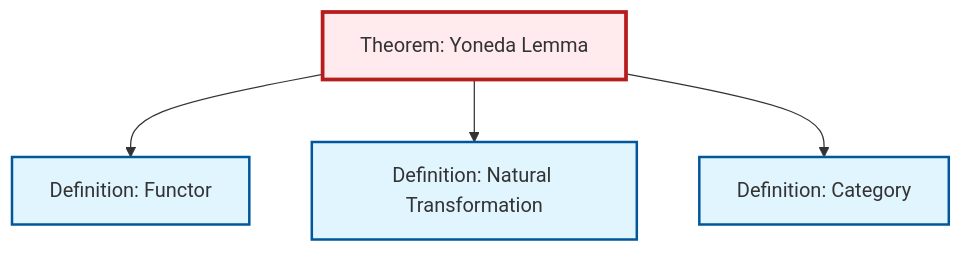
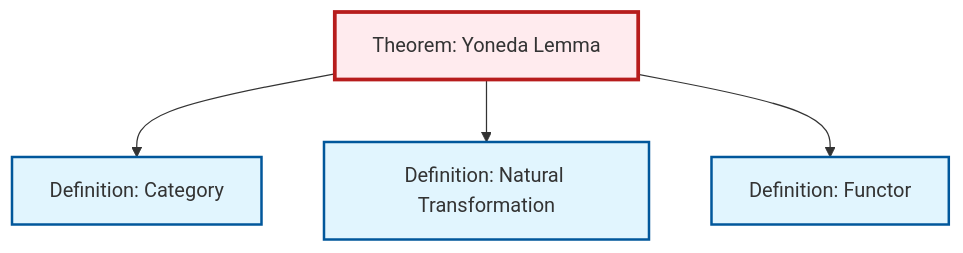
Before and after one commit to RK0429/ModernMath: the diagram in content/ja/category-theory/thm-yoneda.qmd, drawn with Mermaid. The commit also changed other lines of this file and 434 other files, not shown here.

````diff
--- a/content/ja/category-theory/thm-yoneda.qmd
+++ b/content/ja/category-theory/thm-yoneda.qmd
@@ -96,20 +96,20 @@
 ```{mermaid}
 %%| fig-cap: "Local dependency graph"
 graph TD
     classDef definition fill:#e1f5fe,stroke:#01579b,stroke-width:2px
     classDef theorem fill:#f3e5f5,stroke:#4a148c,stroke-width:2px
     classDef axiom fill:#fff3e0,stroke:#e65100,stroke-width:2px
     classDef example fill:#e8f5e9,stroke:#1b5e20,stroke-width:2px
     classDef current fill:#ffebee,stroke:#b71c1c,stroke-width:3px
-    def-category["Definition: Category"]:::definition
     def-functor["Definition: Functor"]:::definition
     thm-yoneda["Theorem: Yoneda Lemma"]:::theorem
     def-natural-transformation["Definition: Natural Transformation"]:::definition
+    def-category["Definition: Category"]:::definition
+    thm-yoneda --> def-category
+    thm-yoneda --> def-natural-transformation
     thm-yoneda --> def-functor
-    thm-yoneda --> def-natural-transformation
-    thm-yoneda --> def-category
     class thm-yoneda current
-    click def-category "def-category.html" "Definition: Categoryへ"
     click def-functor "def-functor.html" "Definition: Functorへ"
     click def-natural-transformation "def-natural-transformation.html" "Definition: Natural Transformationへ"
+    click def-category "def-category.html" "Definition: Categoryへ"
 ```
````
